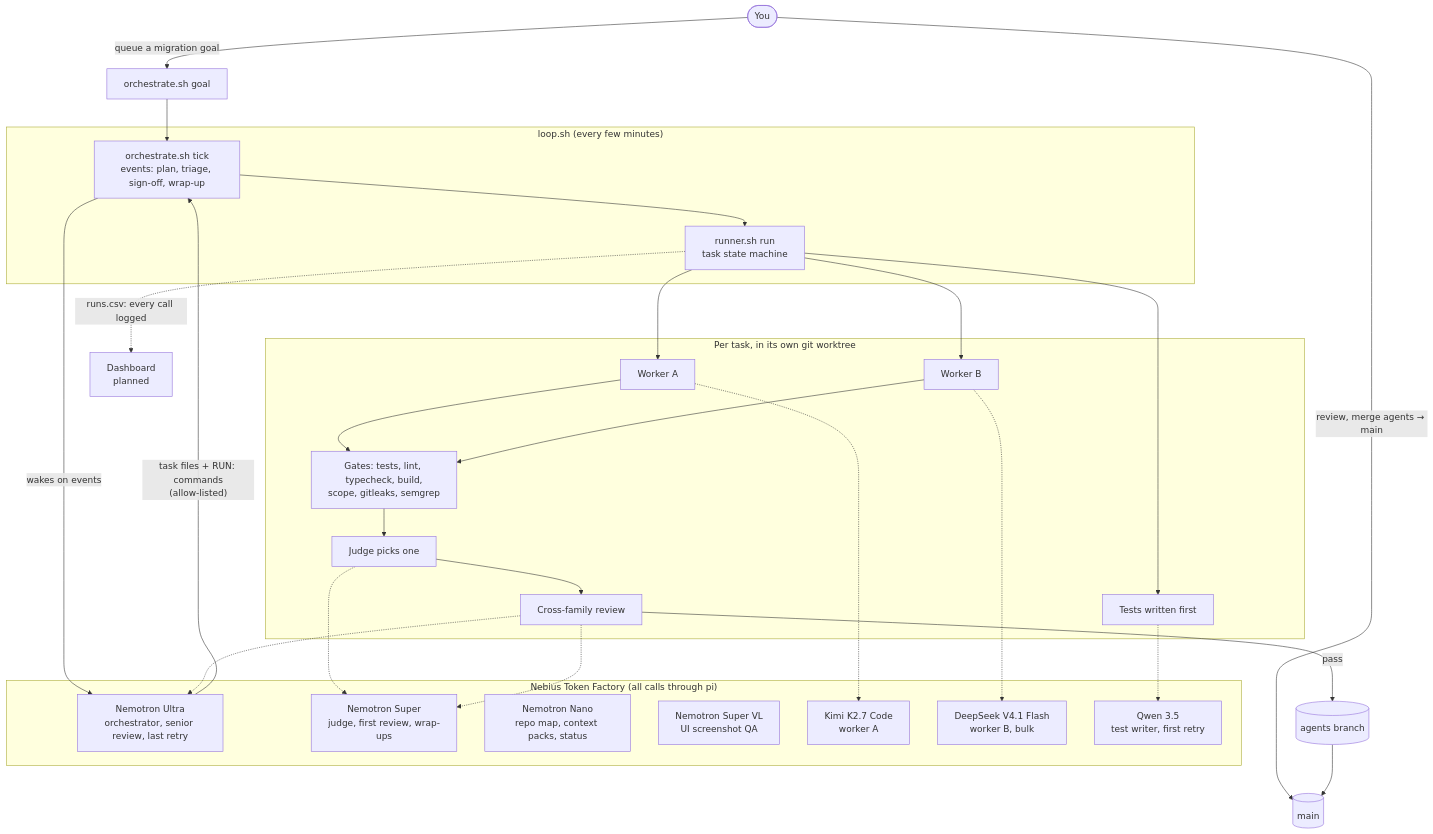
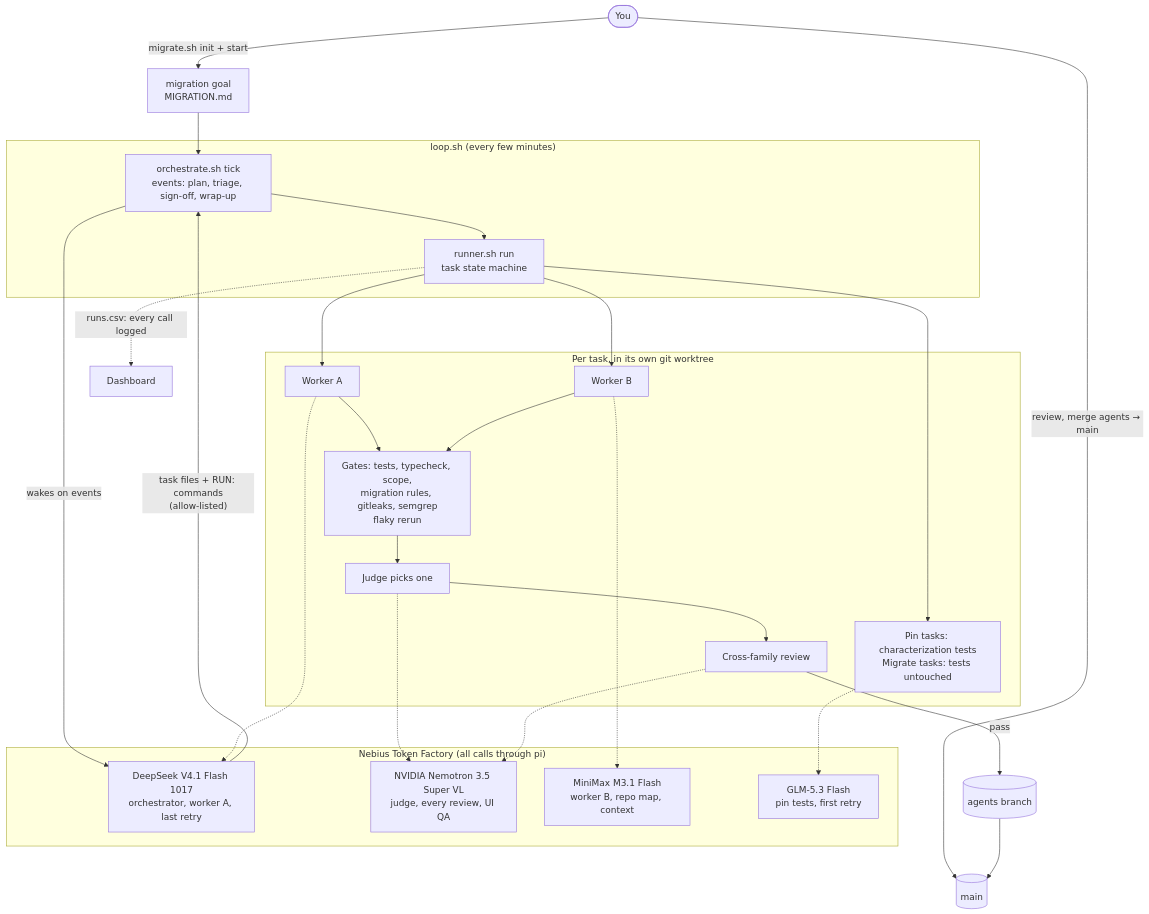
One commit to abomasumm/nemotron-migration-agent changed the diagram in README.md. Above: the diagram before and after it, drawn with Mermaid. The commit also changed other lines of this file and 55 other files, not shown here.

````diff
--- a/README.md
+++ b/README.md
@@ -32,46 +33,43 @@
 ```mermaid
 flowchart TB
-  you([You]) -- "queue a migration goal" --> goal[orchestrate.sh goal]
+  you([You]) -- "migrate.sh init + start" --> goal[migration goal<br/>MIGRATION.md]
   you -- "review, merge agents → main" --> mainbr[(main)]
 
   subgraph loop["loop.sh (every few minutes)"]
     tick[orchestrate.sh tick<br/>events: plan, triage, sign-off, wrap-up]
     run[runner.sh run<br/>task state machine]
   end
 
   goal --> tick
-  tick -- "wakes on events" --> ultra
-  ultra -- "task files + RUN: commands<br/>(allow-listed)" --> tick
+  tick -- "wakes on events" --> orch
+  orch -- "task files + RUN: commands<br/>(allow-listed)" --> tick
   tick --> run
 
   subgraph task["Per task, in its own git worktree"]
-    tests[Tests written first]
+    tests[Pin tasks: characterization tests<br/>Migrate tasks: tests untouched]
     wa[Worker A]
     wb[Worker B]
-    gates[Gates: tests, lint, typecheck, build,<br/>scope, gitleaks, semgrep]
+    gates[Gates: tests, typecheck, scope,<br/>migration rules, gitleaks, semgrep<br/>flaky rerun]
     judge[Judge picks one]
     review[Cross-family review]
   end
 
   run --> tests & wa & wb
   wa & wb --> gates --> judge --> review
   review -- "pass" --> agents[(agents branch)]
   agents --> mainbr
 
   subgraph tf["Nebius Token Factory (all calls through pi)"]
-    ultra[Nemotron Ultra<br/>orchestrator, senior review, last retry]
-    super[Nemotron Super<br/>judge, first review, wrap-ups]
-    nano[Nemotron Nano<br/>repo map, context packs, status]
-    vl[Nemotron Super VL<br/>UI screenshot QA]
-    kimi[Kimi K2.7 Code<br/>worker A]
-    ds[DeepSeek V4.1 Flash<br/>worker B, bulk]
-    qwen[Qwen 3.5<br/>test writer, first retry]
+    nemo[NVIDIA Nemotron 3.5 Super VL<br/>judge, every review, UI QA]
+    orch[DeepSeek V4.1 Flash 1017<br/>orchestrator, worker A, last retry]
+    mm[MiniMax M3.1 Flash<br/>worker B, repo map, context]
+    glm[GLM-5.3 Flash<br/>pin tests, first retry]
   end
 
-  wa -.-> kimi
-  wb -.-> ds
-  tests -.-> qwen
-  judge -.-> super
-  review -.-> super & ultra
-  run -. "runs.csv: every call logged" .-> dash[Dashboard<br/>planned]
+  wa -.-> orch
+  wb -.-> mm
+  tests -.-> glm
+  judge -.-> nemo
+  review -.-> nemo
+  run -. "runs.csv: every call logged" .-> dash[Dashboard]
 ```
````
